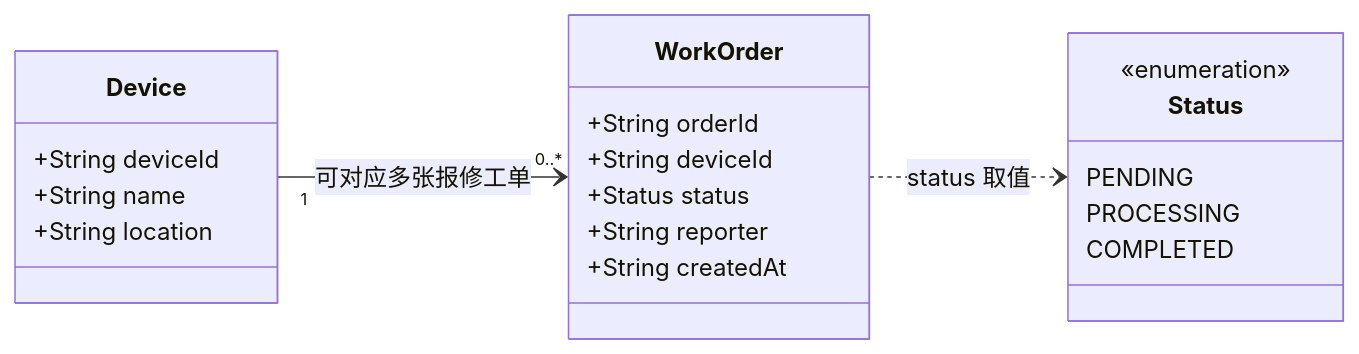
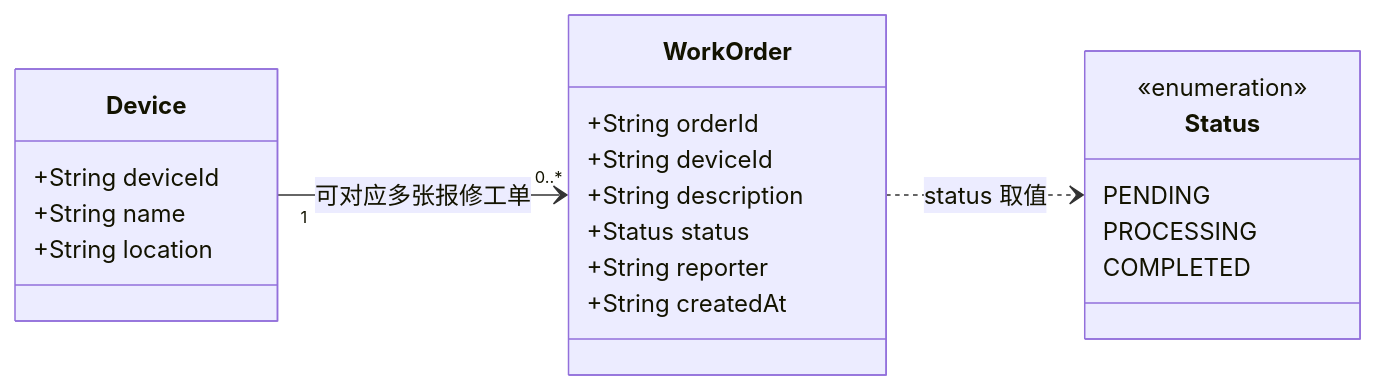
One commit to 6Yuting/iot-repair-group17 changed the diagram in docs/assets/class-diagram.mmd. Above: the diagram before and after it, drawn with Mermaid. The commit also changed 1 other file, not shown here.

Commit message:
补齐类图 WorkOrder.description 字段（对应 FR-02 与 PR #3 评审意见）

```diff
--- a/docs/assets/class-diagram.mmd
+++ b/docs/assets/class-diagram.mmd
@@ -1,22 +1,23 @@
 classDiagram
     direction LR
     class Device {
         +String deviceId
         +String name
         +String location
     }
     class WorkOrder {
         +String orderId
         +String deviceId
+        +String description
         +Status status
         +String reporter
         +String createdAt
     }
     class Status {
         <<enumeration>>
         PENDING
         PROCESSING
         COMPLETED
     }
     Device "1" --> "0..*" WorkOrder : 可对应多张报修工单
     WorkOrder ..> Status : status 取值
```
